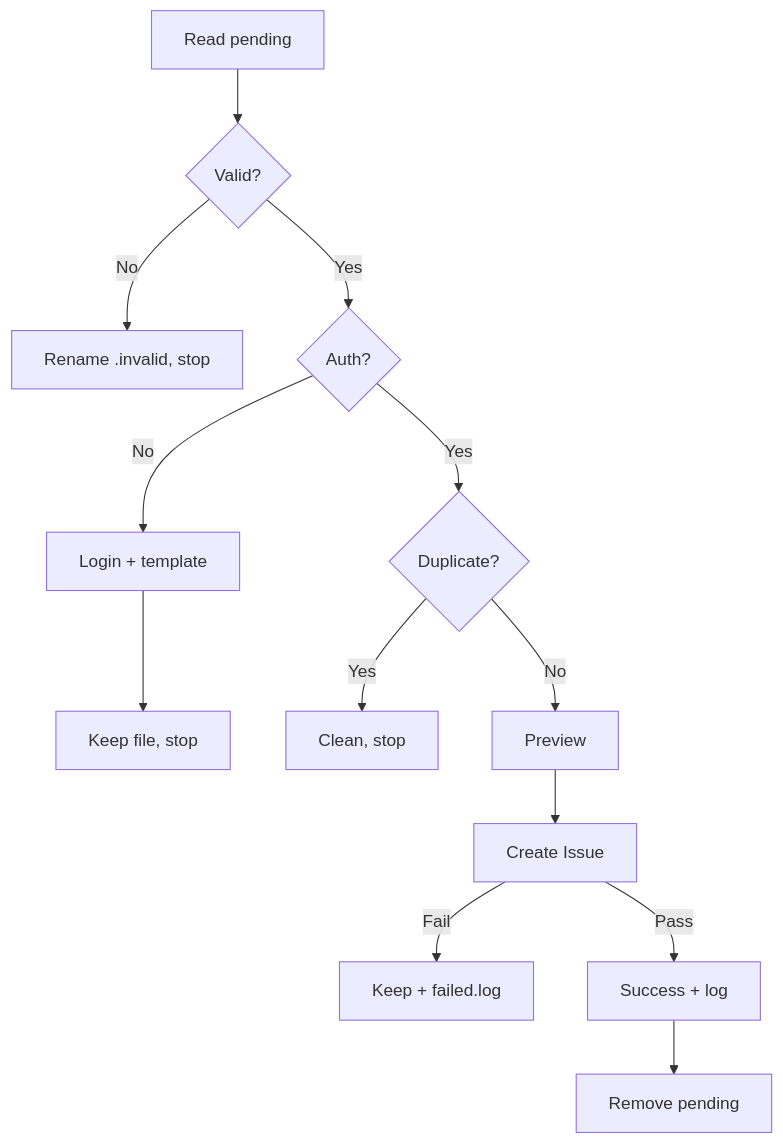
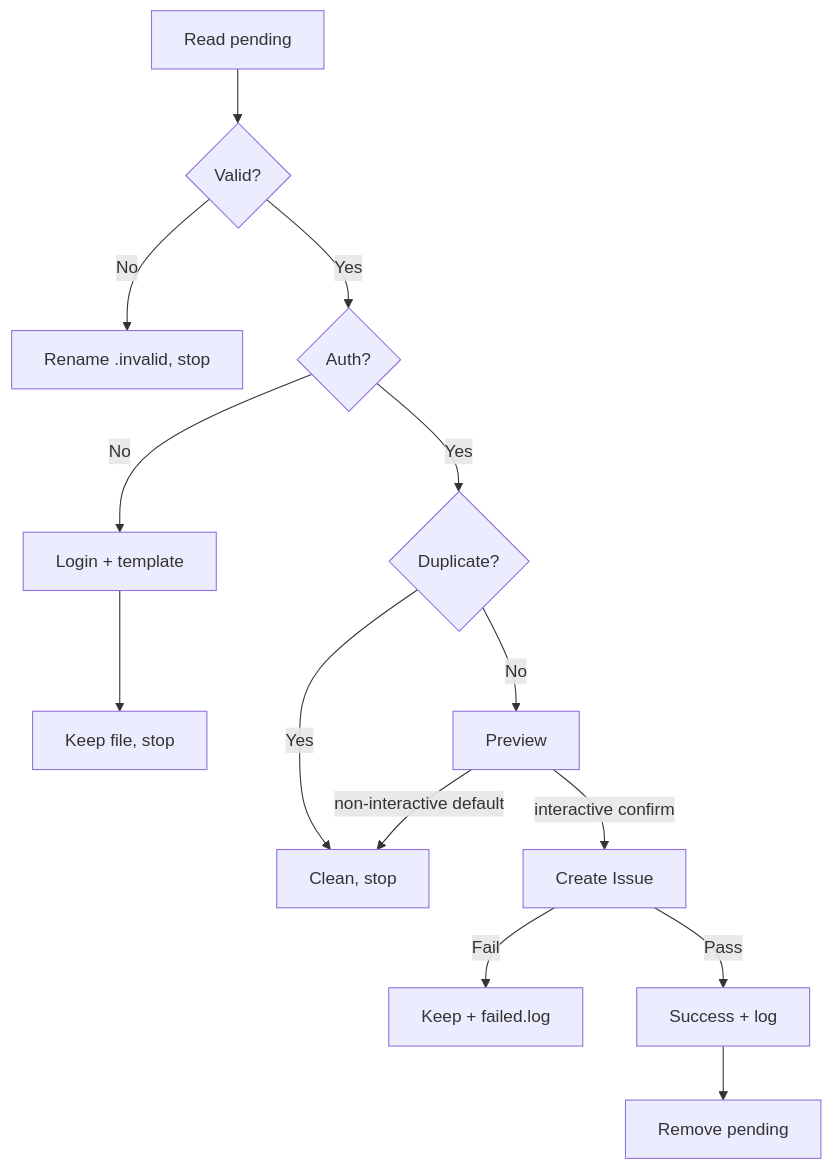
One commit to byx-darwin/gitflow-cli changed the diagram in skills/gf-autoreport-bug/SKILL.md. Above: the diagram before and after it, drawn with Mermaid. The commit also changed other lines of this file and 1 other file, not shown here.

Commit message:
docs(autoreport): default unattended preview to skip, document CI/label gates

````diff
--- a/skills/gf-autoreport-bug/SKILL.md
+++ b/skills/gf-autoreport-bug/SKILL.md
@@ -36,15 +36,16 @@
 ```mermaid
 flowchart TD
     A[Read pending] --> B{Valid?}
     B -->|No| C[Rename .invalid, stop]
     B -->|Yes| D{Auth?}
     D -->|No| NEW[Login + template]
     NEW --> KEEP[Keep file, stop]
     D -->|Yes| G{Duplicate?}
     G -->|Yes| I[Clean, stop]
     G -->|No| P[Preview]
-    P --> J[Create Issue]
+    P -->|interactive confirm| J[Create Issue]
+    P -->|non-interactive default| I
     J -->|Fail| F[Keep + failed.log]
     J -->|Pass| M[Success + log]
     M --> K[Remove pending]
 ```
````
